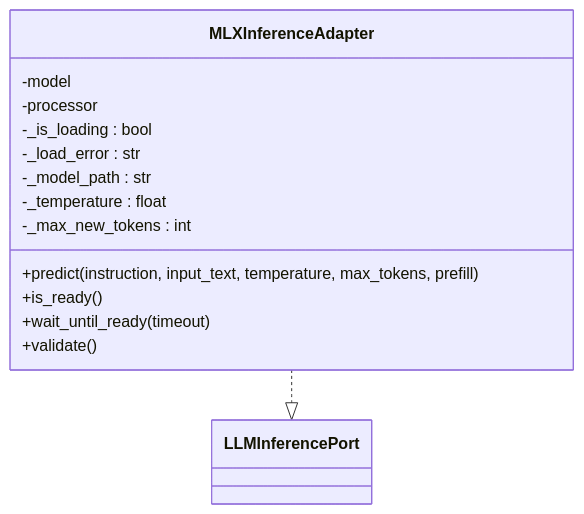
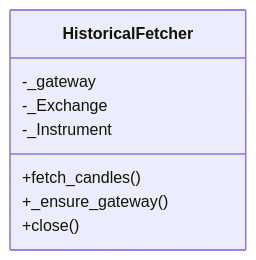
Before and after one commit to gemrajkhatry-maker/v5-of-glassytrade-ai: the fourth of 8 diagrams in .qoder/repowiki/en/content/Architecture Deep Dive/Clean Architecture Layers/Infrastructure Layer/Infrastructure Layer.md, drawn with Mermaid. The commit also changed other lines of this file and 930 other files, not shown here.

````diff
--- a/.qoder/repowiki/en/content/Architecture Deep Dive/Clean Architecture Layers/Infrastructure Layer/Infrastructure Layer.md
+++ b/.qoder/repowiki/en/content/Architecture Deep Dive/Clean Architecture Layers/Infrastructure Layer/Infrastructure Layer.md
@@ -267,18 +271,11 @@
 ```mermaid
 classDiagram
-class LLMInferencePort
-class MLXInferenceAdapter {
--model
--processor
--_is_loading : bool
--_load_error : str
--_model_path : str
--_temperature : float
--_max_new_tokens : int
-+predict(instruction, input_text, temperature, max_tokens, prefill)
-+is_ready()
-+wait_until_ready(timeout)
-+validate()
+class HistoricalFetcher {
+-_gateway
+-_Exchange
+-_Instrument
++fetch_candles()
++_ensure_gateway()
++close()
 }
-MLXInferenceAdapter ..|> LLMInferencePort
 ```
````
